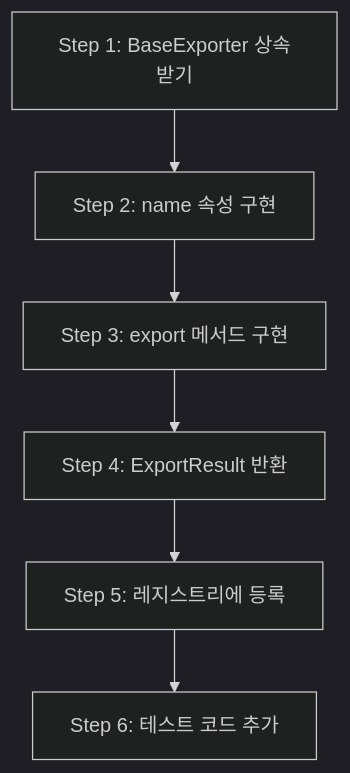
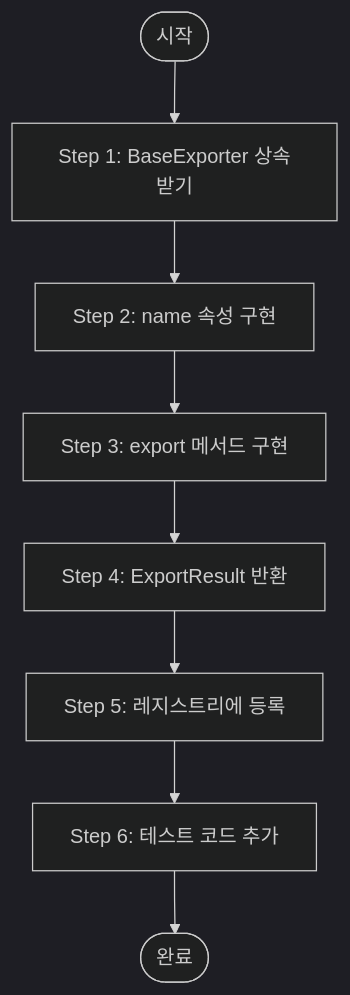
The third of 4 diagrams in EXPORT_MODEL.md (yeongseon/kpubdata-builder), drawn with Mermaid (dark theme) before and after one commit. The commit also changed 2 other files, not shown here.

Commit message:
docs: standardize procedural flowcharts with start/end terminators (#280)
Apply consistent flowchart conventions to the procedural (sequence/branch)
diagrams so they read as proper flowcharts: explicit start/end terminators
(stadium shape) and decision diamonds. Structural diagrams (layer/dependency
maps, file trees, entity relationships) are intentionally left unchanged.

- ALGORITHM.md: mark run_build entry and terminal nodes as terminators;
  add explicit start/end for the per-source pipeline
- CONTRIBUTING.md: contribution flow start/end terminators
- EXPORT_MODEL.md: add start/end terminators to the exporter tutorial flow

Validated with mermaid-cli render and mkdocs build --strict (exit 0).

````diff
--- a/EXPORT_MODEL.md
+++ b/EXPORT_MODEL.md
@@ -122,8 +122,10 @@
 ```mermaid
 flowchart TD
-    S1[Step 1: BaseExporter 상속받기] --> S2[Step 2: name 속성 구현]
+    Start([시작]) --> S1[Step 1: BaseExporter 상속받기]
+    S1 --> S2[Step 2: name 속성 구현]
     S2 --> S3[Step 3: export 메서드 구현]
     S3 --> S4[Step 4: ExportResult 반환]
     S4 --> S5[Step 5: 레지스트리에 등록]
     S5 --> S6[Step 6: 테스트 코드 추가]
+    S6 --> End([완료])
 ```
````
